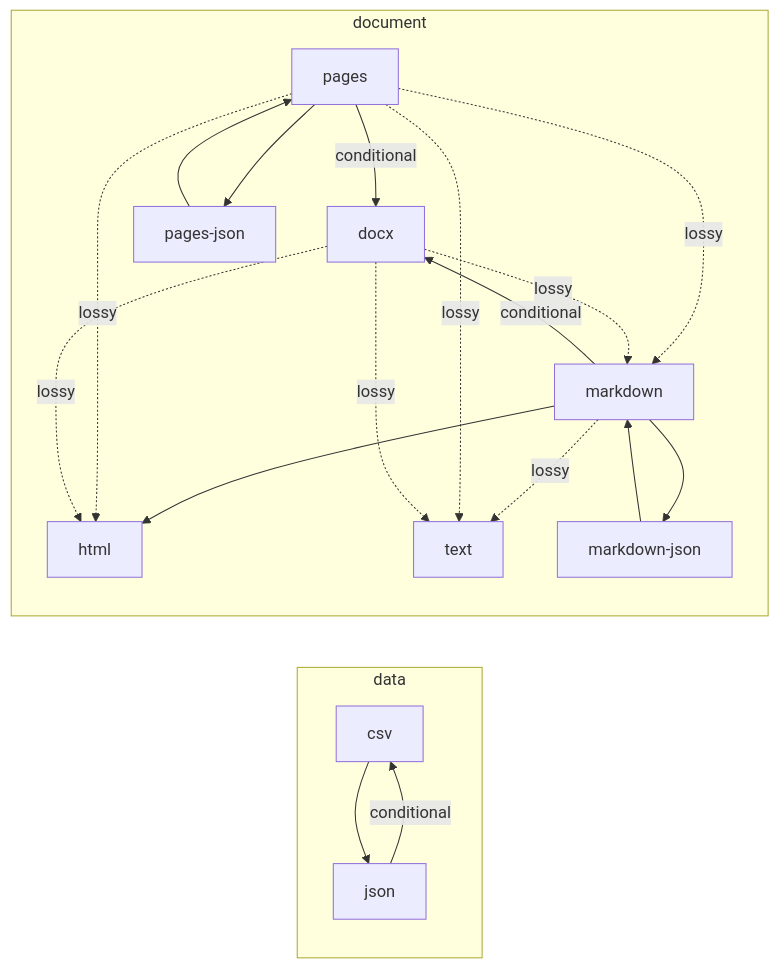
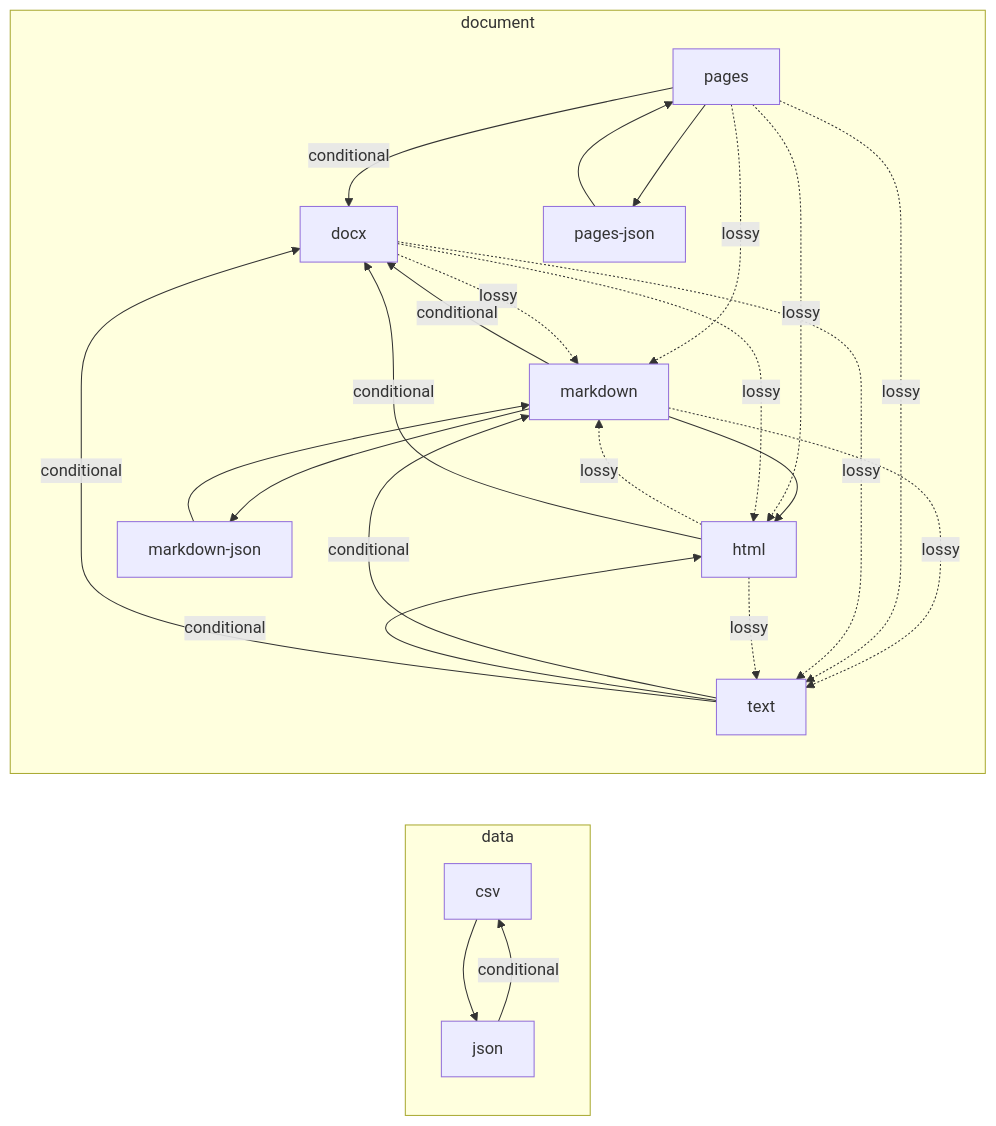
The diagram in DOCS/FORMATS.md (Chimi6/Sublime), drawn with Mermaid before and after one commit. The commit also changed other lines of this file and 41 other files, not shown here.

Commit message:
feat: HTML and plain text input, and Word output streamed block by block from the events bridge

````diff
--- a/DOCS/FORMATS.md
+++ b/DOCS/FORMATS.md
@@ -75,32 +89,38 @@
 ```mermaid
 graph LR
   subgraph data
     csv["csv"]
     json["json"]
   end
   subgraph document
     docx["docx"]
     html["html"]
     markdown["markdown"]
     markdown_json["markdown-json"]
     pages["pages"]
     pages_json["pages-json"]
     text["text"]
   end
   csv --> json
   json -- conditional --> csv
   markdown --> html
   markdown -. lossy .-> text
   markdown --> markdown_json
   markdown_json --> markdown
   pages --> pages_json
   pages_json --> pages
   pages -- conditional --> docx
   pages -. lossy .-> markdown
   pages -. lossy .-> html
   pages -. lossy .-> text
   docx -. lossy .-> markdown
   docx -. lossy .-> html
   docx -. lossy .-> text
   markdown -- conditional --> docx
+  html -. lossy .-> markdown
+  html -. lossy .-> text
+  html -- conditional --> docx
+  text -- conditional --> markdown
+  text -- conditional --> html
+  text -- conditional --> docx
 ```
````
